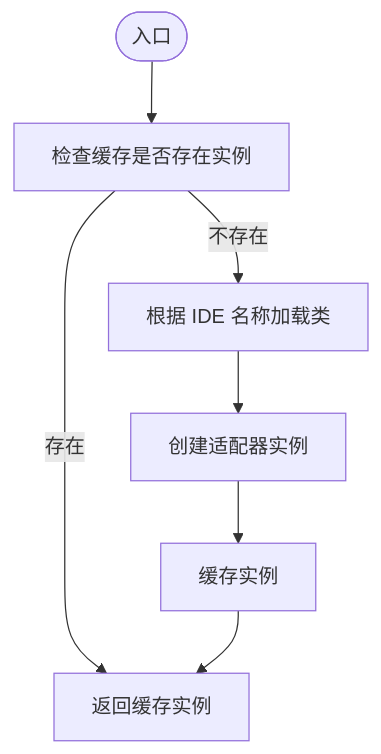
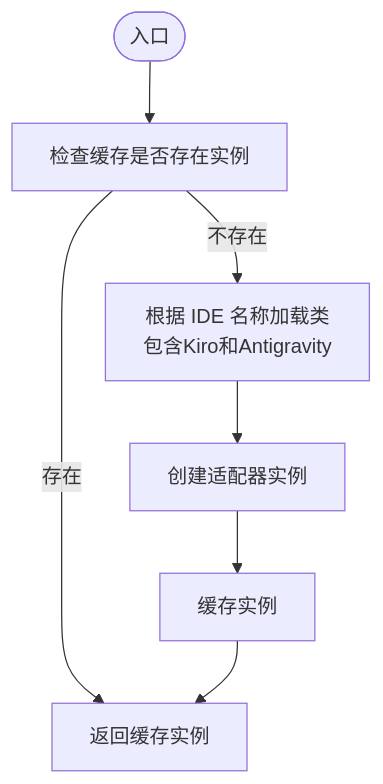
One commit to MapleWan/MSR changed the third of 6 diagrams in .qoder/repowiki/zh/content/IDE适配器/适配器注册与管理.md. Above: the diagram before and after it, drawn with Mermaid. The commit also changed other lines of this file and 5 other files, not shown here.

````diff
--- a/.qoder/repowiki/zh/content/IDE适配器/适配器注册与管理.md
+++ b/.qoder/repowiki/zh/content/IDE适配器/适配器注册与管理.md
@@ -159,9 +184,9 @@
 ```mermaid
 flowchart TD
 Start(["入口"]) --> CheckCache["检查缓存是否存在实例"]
 CheckCache --> |存在| ReturnInst["返回缓存实例"]
-CheckCache --> |不存在| LoadClass["根据 IDE 名称加载类"]
+CheckCache --> |不存在| LoadClass["根据 IDE 名称加载类<br/>包含Kiro和Antigravity"]
 LoadClass --> CreateInst["创建适配器实例"]
 CreateInst --> CacheInst["缓存实例"]
 CacheInst --> ReturnInst
 ```
````
